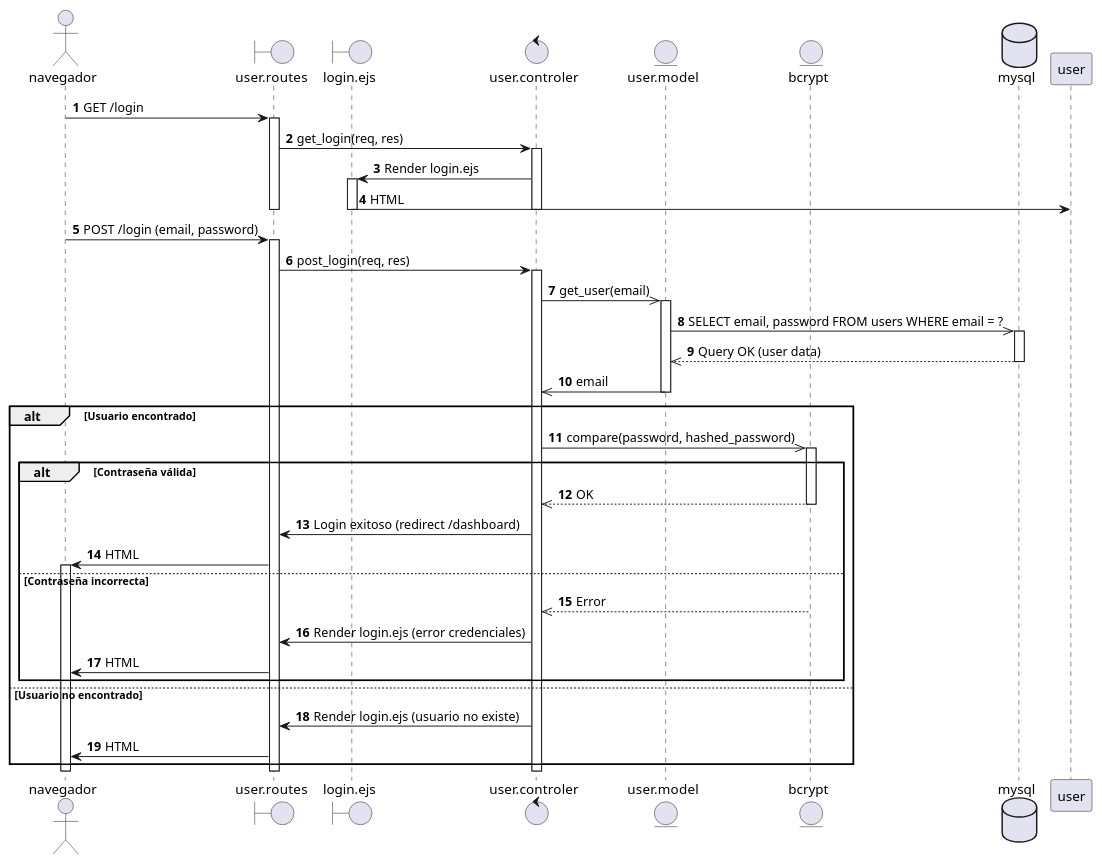
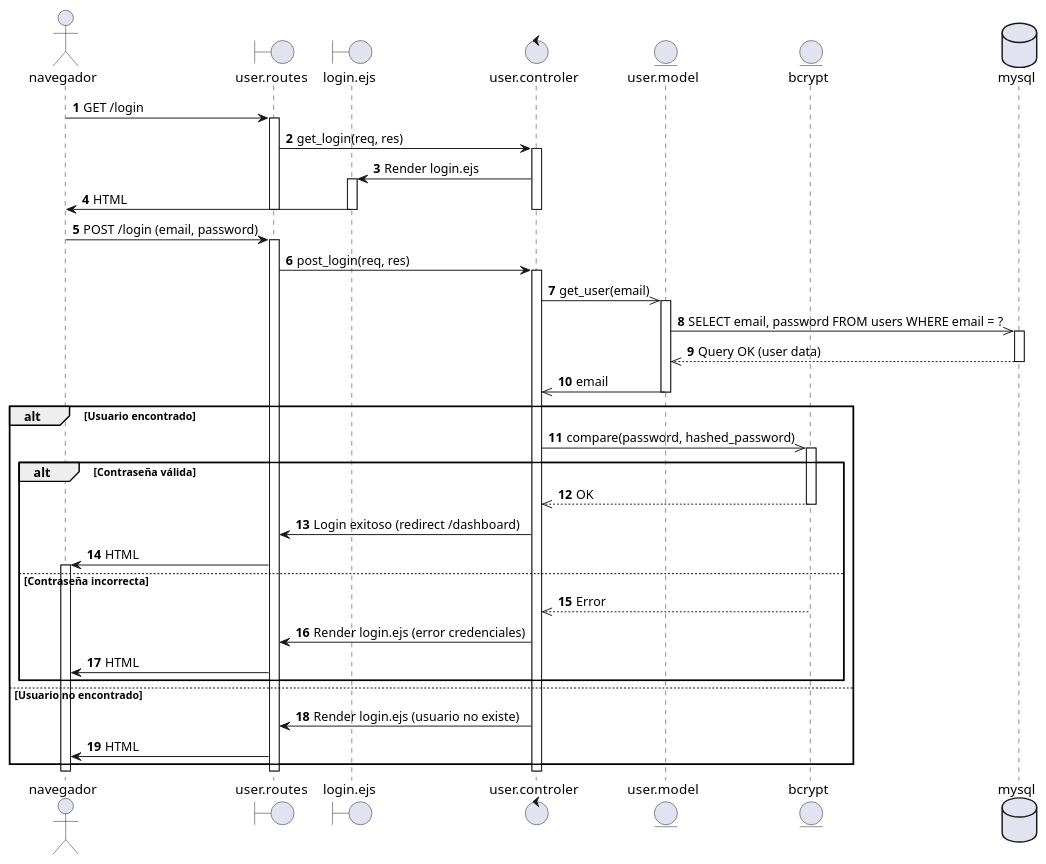
The diagram in diagrams/Casos de Uso/manu req fun/diagramas de secuencia/login.puml (EdCanCe/WorkCells), drawn with PlantUML before and after one commit. The commit also changed other lines of this file and 3 other files, not shown here.

Commit message:
Documento avance 4 diagramas actualizados

```diff
--- a/diagrams/Casos de Uso/manu req fun/diagramas de secuencia/login.puml
+++ b/diagrams/Casos de Uso/manu req fun/diagramas de secuencia/login.puml
@@ -1,66 +1,66 @@
 @startuml
 actor navegador
 boundary user.routes
 boundary login.ejs
 control user.controler
 entity user.model
 entity bcrypt
 database mysql
 
 autonumber 
 navegador -> user.routes: GET /login
 activate user.routes
 
 user.routes -> user.controler: get_login(req, res)
 activate user.controler
 
 user.controler -> login.ejs: Render login.ejs
 activate login.ejs
-login.ejs -> user: HTML
+login.ejs -> navegador: HTML
 deactivate login.ejs
 deactivate user.controler
 deactivate user.routes
 
 navegador -> user.routes: POST /login (email, password)
 activate user.routes
 
 user.routes -> user.controler: post_login(req, res)
 activate user.controler
 
 user.controler ->> user.model: get_user(email)
 activate user.model
 
 user.model ->> mysql: SELECT email, password FROM users WHERE email = ?
 activate mysql
 mysql -->> user.model: Query OK (user data)
 deactivate mysql
 
 user.model ->> user.controler: email
 deactivate user.model
 
 
 alt Usuario encontrado
     user.controler ->> bcrypt: compare(password, hashed_password)
     activate bcrypt
     alt Contraseña válida
         bcrypt -->> user.controler: OK
         deactivate bcrypt
         user.controler -> user.routes: Login exitoso (redirect /dashboard)
         user.routes -> navegador: HTML
         activate navegador
     else Contraseña incorrecta
         bcrypt -->> user.controler: Error
         deactivate bcrypt
         user.controler -> user.routes: Render login.ejs (error credenciales)
         user.routes -> navegador: HTML
 
     end
 else Usuario no encontrado
     user.controler -> user.routes: Render login.ejs (usuario no existe)
     user.routes -> navegador: HTML
 end
 
 deactivate user.controler
 deactivate user.routes
 deactivate navegador
 @enduml
```
